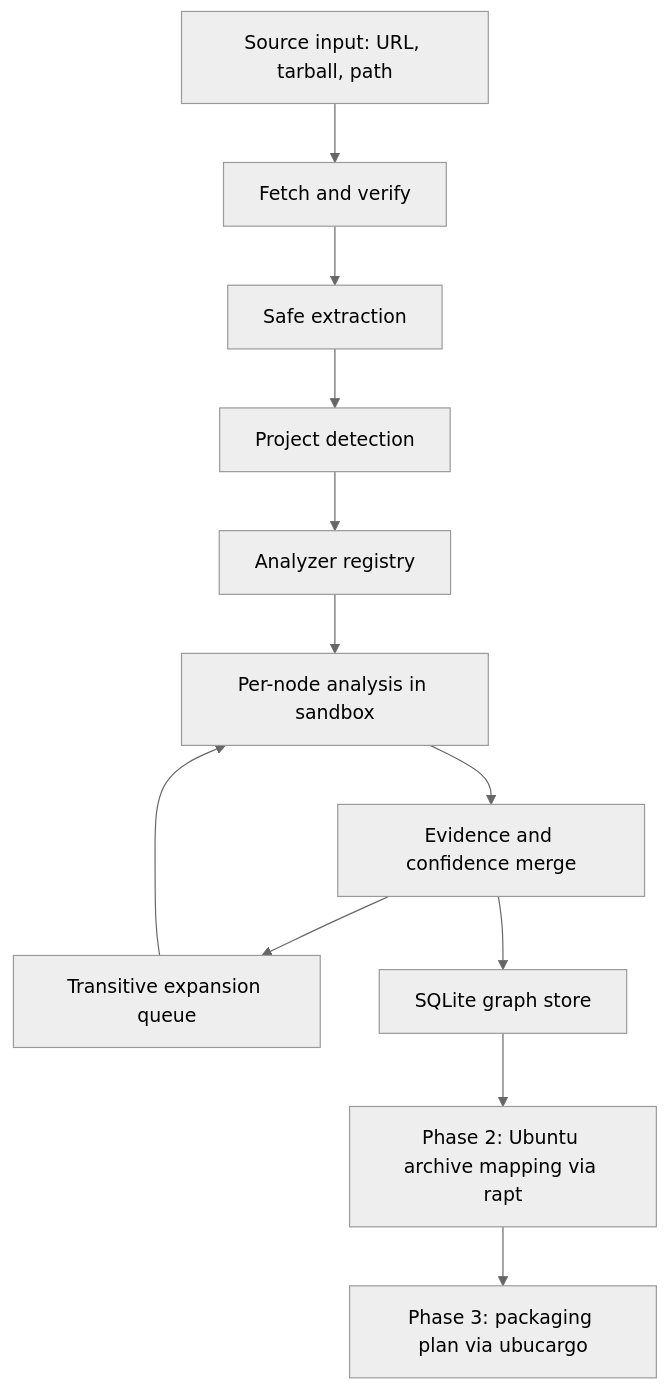
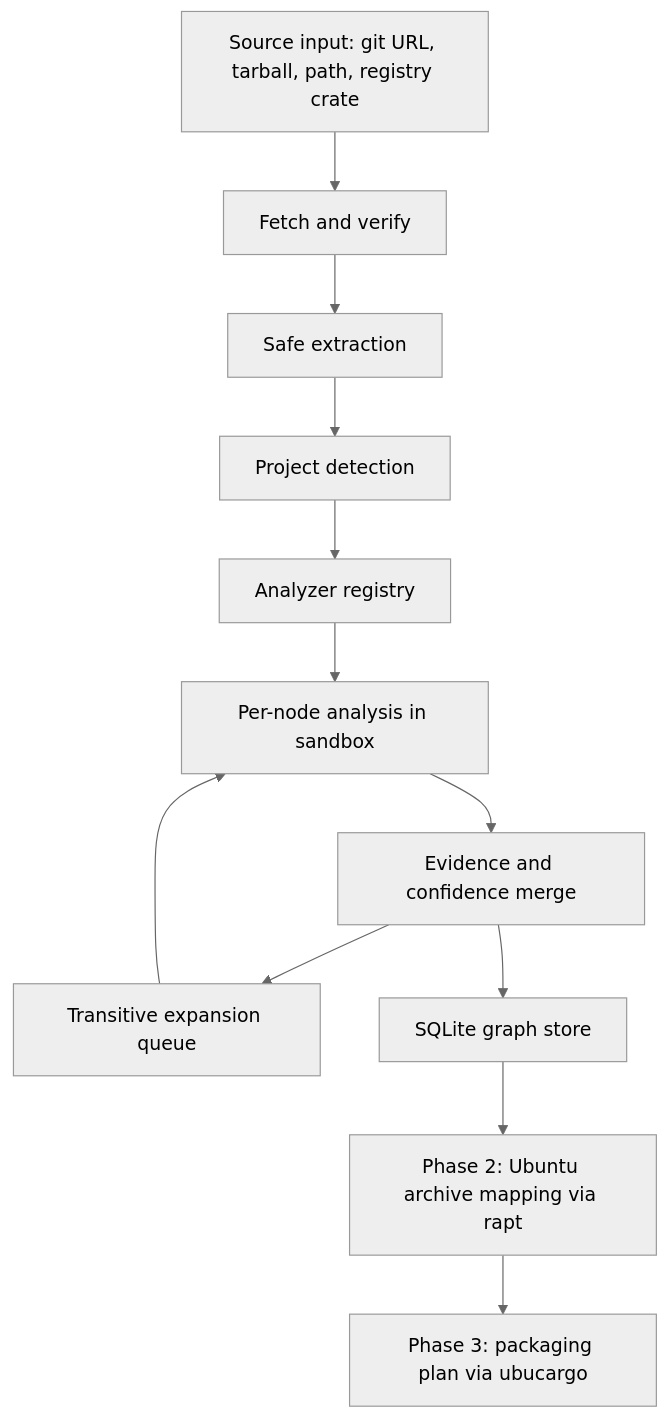
The diagram in robigus/AGENTS.md (canonical/robigus), drawn with Mermaid (neutral theme) before and after one commit. The commit also changed other lines of this file and 2 other files, not shown here.

````diff
--- a/robigus/AGENTS.md
+++ b/robigus/AGENTS.md
@@ -257,14 +258,14 @@
 ```mermaid
 flowchart TD
-    A[Source input: URL, tarball, path] --> B[Fetch and verify]
+    A[Source input: git URL, tarball, path, registry crate] --> B[Fetch and verify]
     B --> C[Safe extraction]
     C --> D[Project detection]
     D --> E[Analyzer registry]
     E --> F[Per-node analysis in sandbox]
     F --> G[Evidence and confidence merge]
     G --> H[Transitive expansion queue]
     H --> F
     G --> I[SQLite graph store]
     I --> J[Phase 2: Ubuntu archive mapping via rapt]
     J --> K[Phase 3: packaging plan via ubucargo]
 ```
````
